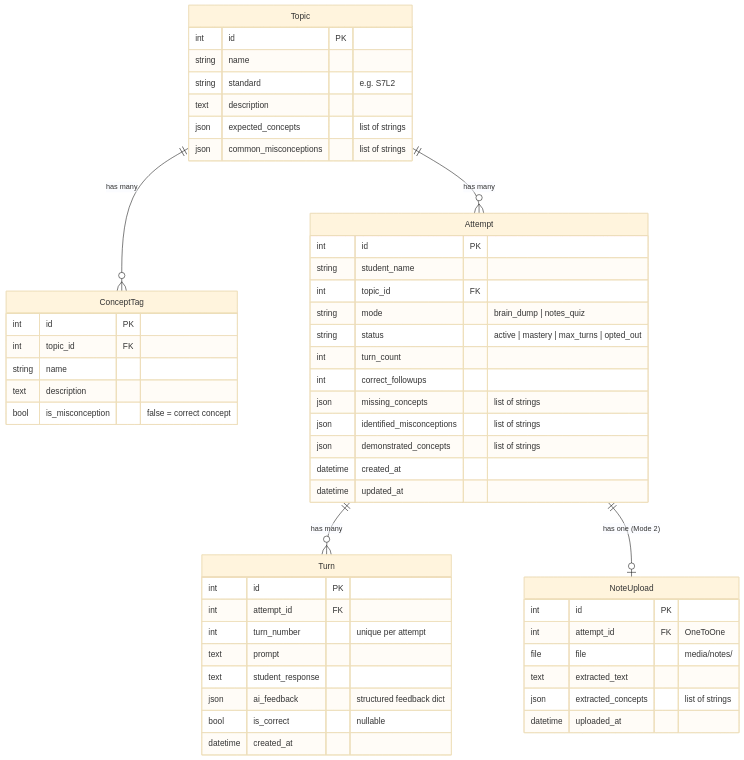
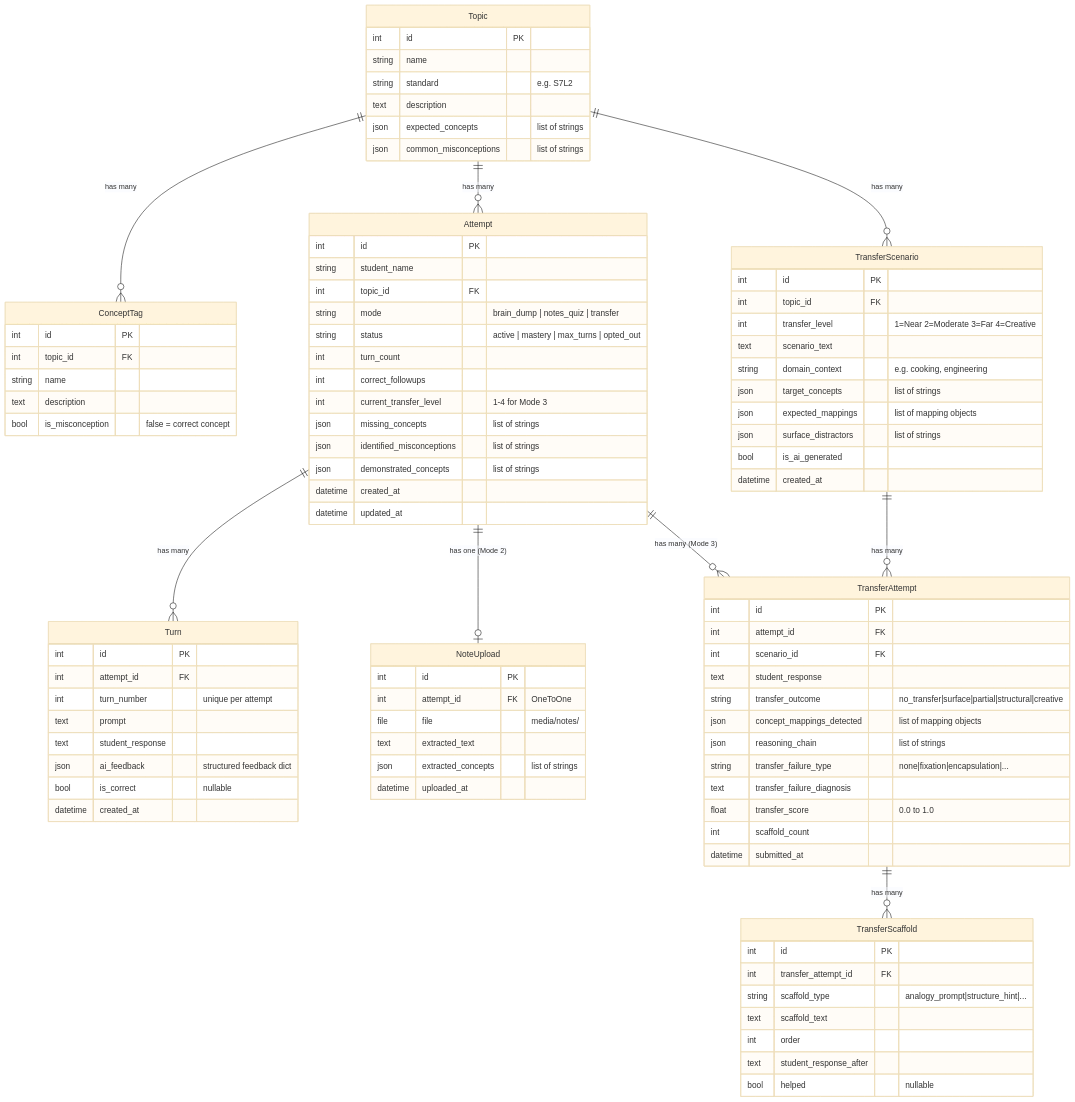
Before and after one commit to ChenMel27/adaptive-recall-engine: the first of 4 diagrams in docs/data-models.md, drawn with Mermaid (base theme). The commit also changed 14 other files, not shown here.

````diff
--- a/docs/data-models.md
+++ b/docs/data-models.md
@@ -6,8 +6,12 @@
 erDiagram
     Topic ||--o{ ConceptTag : "has many"
     Topic ||--o{ Attempt : "has many"
+    Topic ||--o{ TransferScenario : "has many"
     Attempt ||--o{ Turn : "has many"
     Attempt ||--o| NoteUpload : "has one (Mode 2)"
+    Attempt ||--o{ TransferAttempt : "has many (Mode 3)"
+    TransferScenario ||--o{ TransferAttempt : "has many"
+    TransferAttempt ||--o{ TransferScaffold : "has many"
 
     Topic {
         int id PK
@@ -30,10 +34,11 @@
         int id PK
         string student_name
         int topic_id FK
-        string mode "brain_dump | notes_quiz"
+        string mode "brain_dump | notes_quiz | transfer"
         string status "active | mastery | max_turns | opted_out"
         int turn_count
         int correct_followups
+        int current_transfer_level "1-4 for Mode 3"
         json missing_concepts "list of strings"
         json identified_misconceptions "list of strings"
         json demonstrated_concepts "list of strings"
@@ -60,4 +65,42 @@
         json extracted_concepts "list of strings"
         datetime uploaded_at
     }
+
+    TransferScenario {
+        int id PK
+        int topic_id FK
+        int transfer_level "1=Near 2=Moderate 3=Far 4=Creative"
+        text scenario_text
+        string domain_context "e.g. cooking, engineering"
+        json target_concepts "list of strings"
+        json expected_mappings "list of mapping objects"
+        json surface_distractors "list of strings"
+        bool is_ai_generated
+        datetime created_at
+    }
+
+    TransferAttempt {
+        int id PK
+        int attempt_id FK
+        int scenario_id FK
+        text student_response
+        string transfer_outcome "no_transfer|surface|partial|structural|creative"
+        json concept_mappings_detected "list of mapping objects"
+        json reasoning_chain "list of strings"
+        string transfer_failure_type "none|fixation|encapsulation|..."
+        text transfer_failure_diagnosis
+        float transfer_score "0.0 to 1.0"
+        int scaffold_count
+        datetime submitted_at
+    }
+
+    TransferScaffold {
+        int id PK
+        int transfer_attempt_id FK
+        string scaffold_type "analogy_prompt|structure_hint|..."
+        text scaffold_text
+        int order
+        text student_response_after
+        bool helped "nullable"
+    }
 ```
````
